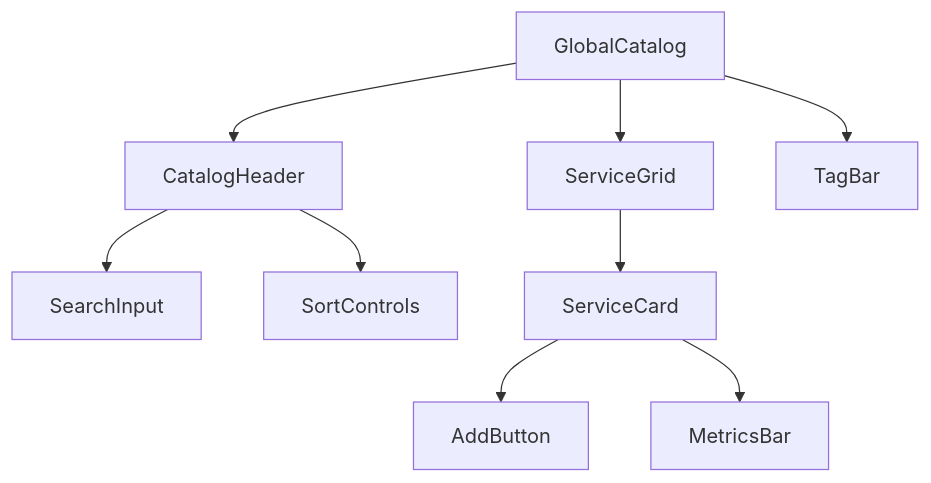
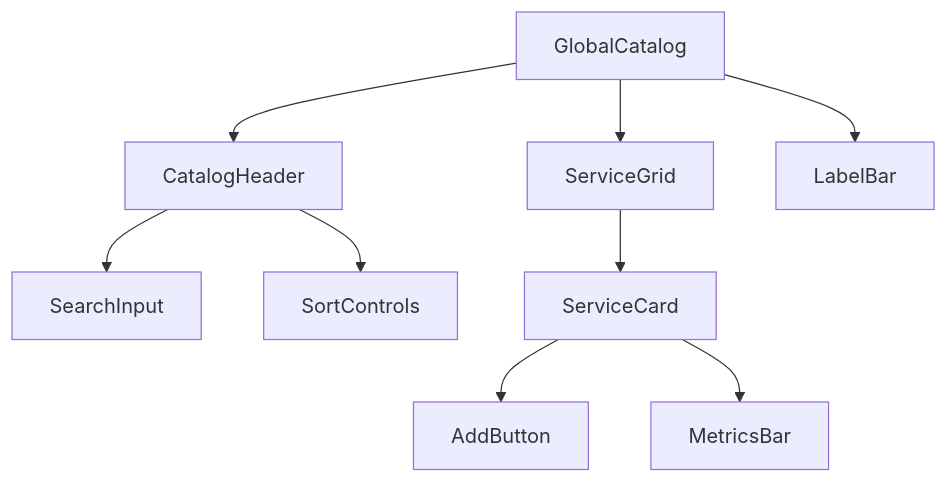
The diagram in pages/global-catalog.md (m3au/meows), drawn with Mermaid before and after one commit. The commit also changed other lines of this file and 28 other files, not shown here.

First line of the commit message:
Replace tag references with label terminology across documentation

````diff
--- a/pages/global-catalog.md
+++ b/pages/global-catalog.md
@@ -17,13 +17,13 @@
 ```mermaid
 graph TD
     A[GlobalCatalog] --> B[CatalogHeader]
     A --> C[ServiceGrid]
-    A --> D[TagBar]
+    A --> D[LabelBar]
 
     B --> E[SearchInput]
     B --> F[SortControls]
 
     C --> G[ServiceCard]
     G --> H[AddButton]
     G --> I[MetricsBar]
 ```
````
